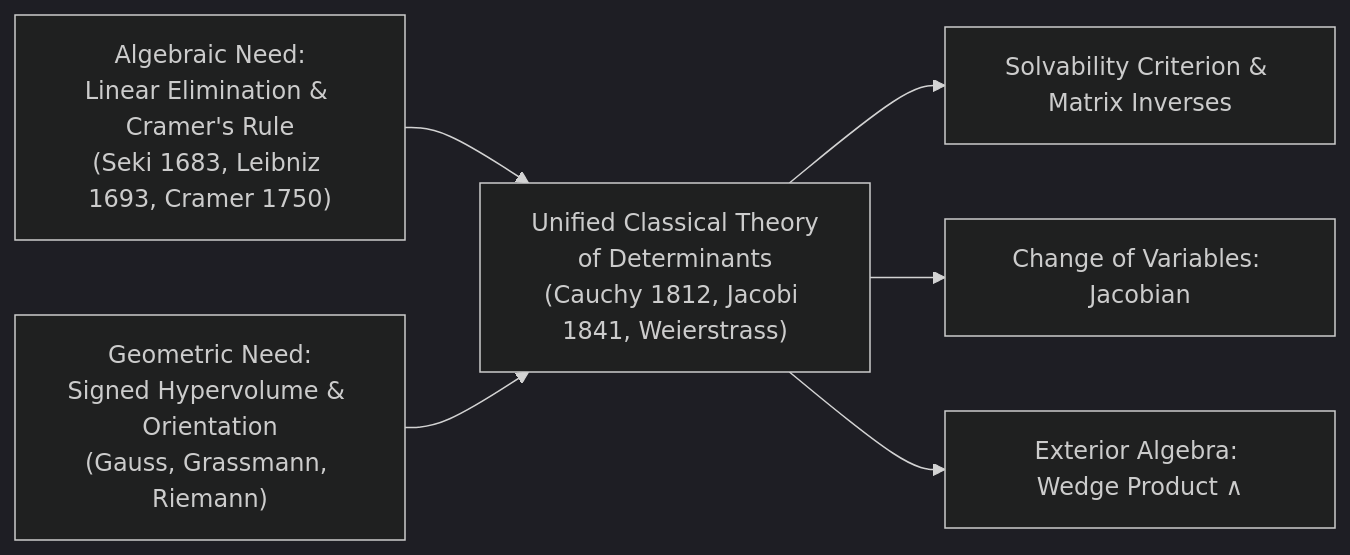
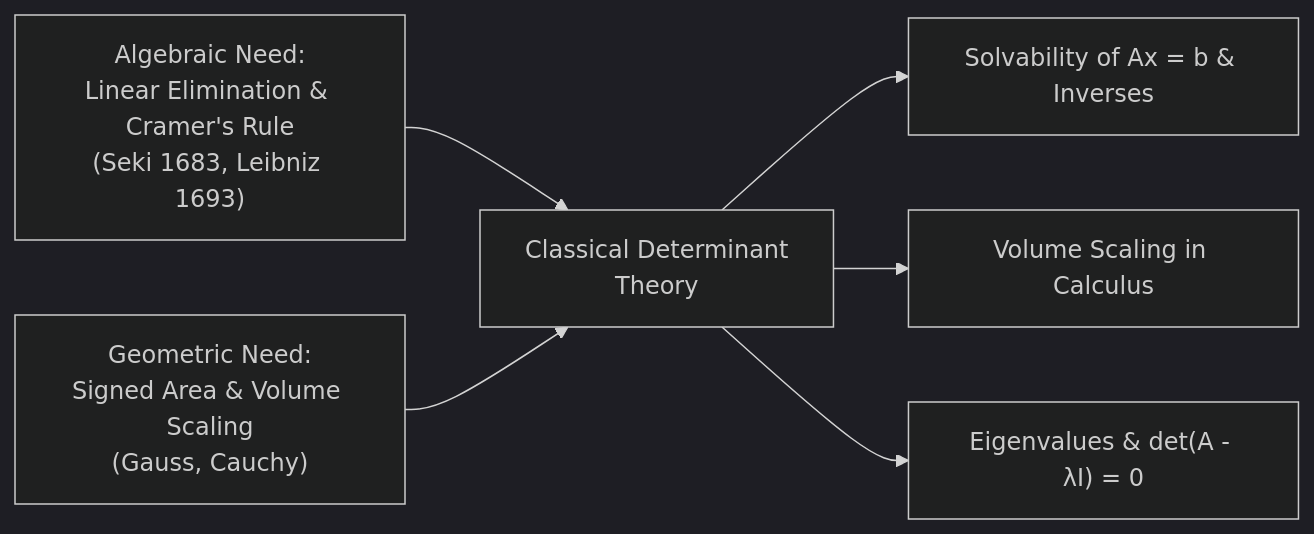
One commit to seechunwei/math-note changed the diagram in content/Mathematic learning/00_Sessions/further linear algebra/Classical Theory of Determinants.md. Above: the diagram before and after it, drawn with Mermaid (dark theme). The commit also changed other lines of this file and 10 other files, not shown here.

````diff
--- a/content/Mathematic learning/00_Sessions/further linear algebra/Classical Theory of Determinants.md
+++ b/content/Mathematic learning/00_Sessions/further linear algebra/Classical Theory of Determinants.md
@@ -78,8 +72,8 @@
 ```mermaid
 flowchart LR
-    A["Algebraic Need:<br/>Linear Elimination & Cramer's Rule<br/>(Seki 1683, Leibniz 1693, Cramer 1750)"] --> D["Unified Classical Theory<br/>of Determinants<br/>(Cauchy 1812, Jacobi 1841, Weierstrass)"]
-    G["Geometric Need:<br/>Signed Hypervolume & Orientation<br/>(Gauss, Grassmann, Riemann)"] --> D
-    D --> App1["Solvability Criterion & Matrix Inverses"]
-    D --> App2["Change of Variables: Jacobian"]
-    D --> App3["Exterior Algebra: Wedge Product ∧"]
+    A["Algebraic Need:<br/>Linear Elimination & Cramer's Rule<br/>(Seki 1683, Leibniz 1693)"] --> D["Classical Determinant<br/>Theory"]
+    G["Geometric Need:<br/>Signed Area & Volume Scaling<br/>(Gauss, Cauchy)"] --> D
+    D --> App1["Solvability of Ax = b & Inverses"]
+    D --> App2["Volume Scaling in Calculus"]
+    D --> App3["Eigenvalues & det(A - λI) = 0"]
 ```
````
